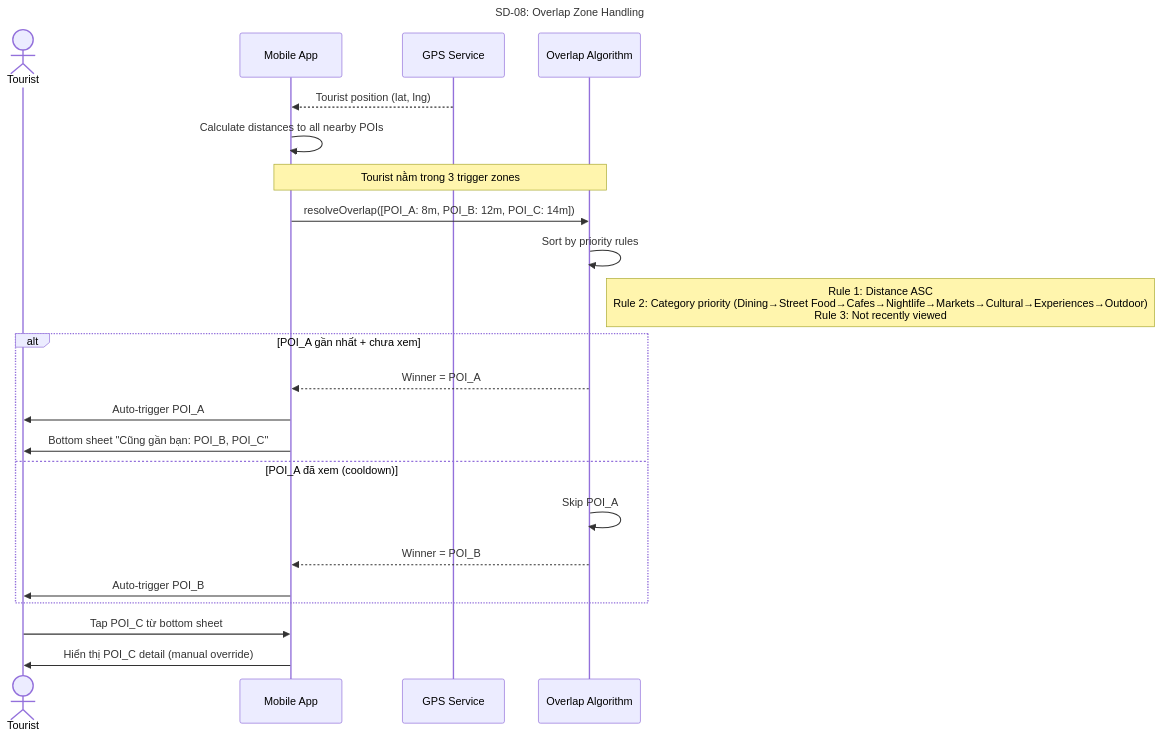
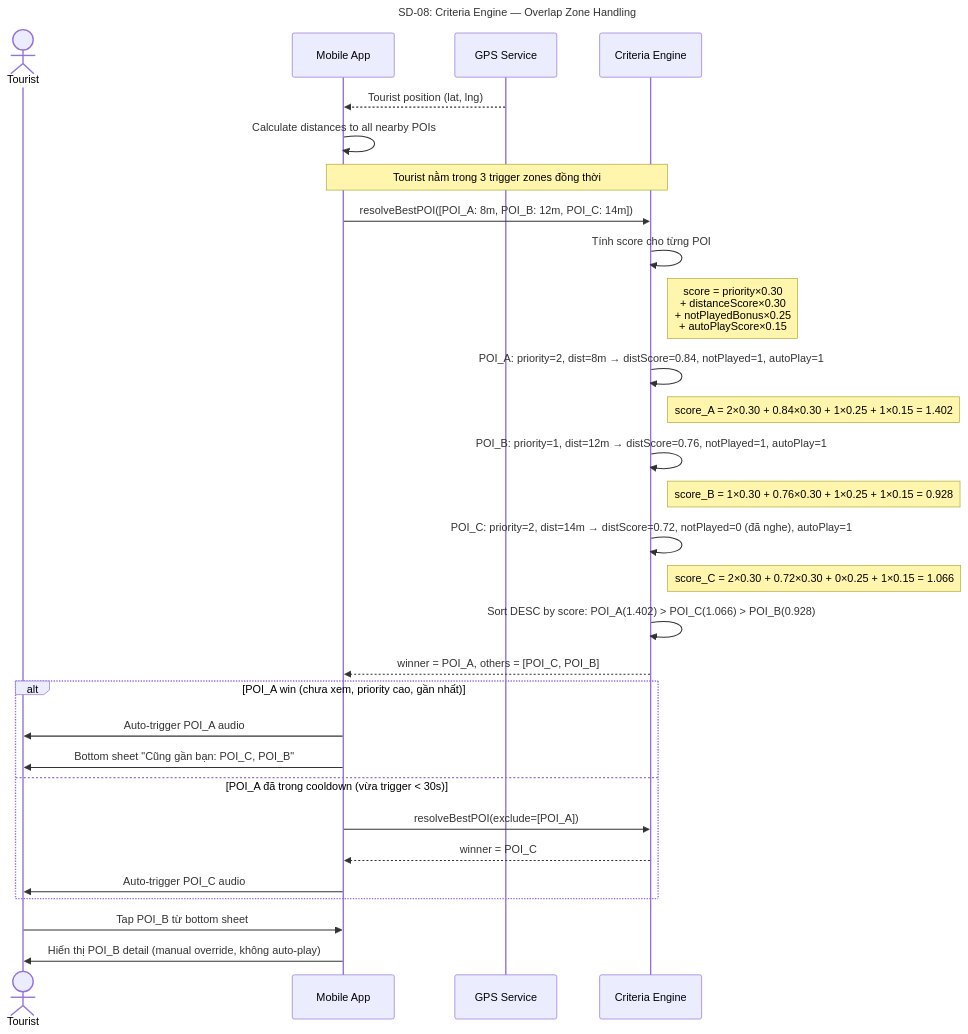
One commit to Ttuandatt/Seminar changed the eighth of 19 diagrams in docs/step3_prd/15_sequence_diagrams.md. Above: the diagram before and after it, drawn with Mermaid. The commit also changed other lines of this file and 1 other file, not shown here.

First line of the commit message:
docs(prd): update sequence & activity diagrams to v3.0

````diff
--- a/docs/step3_prd/15_sequence_diagrams.md
+++ b/docs/step3_prd/15_sequence_diagrams.md
@@ -369,31 +371,42 @@
 ```mermaid
 sequenceDiagram
-    title SD-08: Overlap Zone Handling
+    title SD-08: Criteria Engine — Overlap Zone Handling
     actor Tourist
     participant App as Mobile App
     participant GPS as GPS Service
-    participant Algo as Overlap Algorithm
+    participant CE as Criteria Engine
 
     GPS-->>App: Tourist position (lat, lng)
     App->>App: Calculate distances to all nearby POIs
 
-    Note over App, Algo: Tourist nằm trong 3 trigger zones
+    Note over App, CE: Tourist nằm trong 3 trigger zones đồng thời
 
-    App->>Algo: resolveOverlap([POI_A: 8m, POI_B: 12m, POI_C: 14m])
-    
-    Algo->>Algo: Sort by priority rules
-    Note right of Algo: Rule 1: Distance ASC<br/>Rule 2: Category priority (Dining→Street Food→Cafes→Nightlife→Markets→Cultural→Experiences→Outdoor)<br/>Rule 3: Not recently viewed
+    App->>CE: resolveBestPOI([POI_A: 8m, POI_B: 12m, POI_C: 14m])
 
-    alt POI_A gần nhất + chưa xem
-        Algo-->>App: Winner = POI_A
-        App->>Tourist: Auto-trigger POI_A
-        App->>Tourist: Bottom sheet "Cũng gần bạn: POI_B, POI_C"
-    else POI_A đã xem (cooldown)
-        Algo->>Algo: Skip POI_A
-        Algo-->>App: Winner = POI_B
-        App->>Tourist: Auto-trigger POI_B
+    CE->>CE: Tính score cho từng POI
+    Note right of CE: score = priority×0.30<br/>       + distanceScore×0.30<br/>       + notPlayedBonus×0.25<br/>       + autoPlayScore×0.15
+
+    CE->>CE: POI_A: priority=2, dist=8m → distScore=0.84, notPlayed=1, autoPlay=1
+    Note right of CE: score_A = 2×0.30 + 0.84×0.30 + 1×0.25 + 1×0.15 = 1.402
+
+    CE->>CE: POI_B: priority=1, dist=12m → distScore=0.76, notPlayed=1, autoPlay=1
+    Note right of CE: score_B = 1×0.30 + 0.76×0.30 + 1×0.25 + 1×0.15 = 0.928
+
+    CE->>CE: POI_C: priority=2, dist=14m → distScore=0.72, notPlayed=0 (đã nghe), autoPlay=1
+    Note right of CE: score_C = 2×0.30 + 0.72×0.30 + 0×0.25 + 1×0.15 = 1.066
+
+    CE->>CE: Sort DESC by score: POI_A(1.402) > POI_C(1.066) > POI_B(0.928)
+    CE-->>App: winner = POI_A, others = [POI_C, POI_B]
+
+    alt POI_A win (chưa xem, priority cao, gần nhất)
+        App->>Tourist: Auto-trigger POI_A audio
+        App->>Tourist: Bottom sheet "Cũng gần bạn: POI_C, POI_B"
+    else POI_A đã trong cooldown (vừa trigger < 30s)
+        App->>CE: resolveBestPOI(exclude=[POI_A])
+        CE-->>App: winner = POI_C
+        App->>Tourist: Auto-trigger POI_C audio
     end
 
-    Tourist->>App: Tap POI_C từ bottom sheet
-    App->>Tourist: Hiển thị POI_C detail (manual override)
+    Tourist->>App: Tap POI_B từ bottom sheet
+    App->>Tourist: Hiển thị POI_B detail (manual override, không auto-play)
 ```
````
